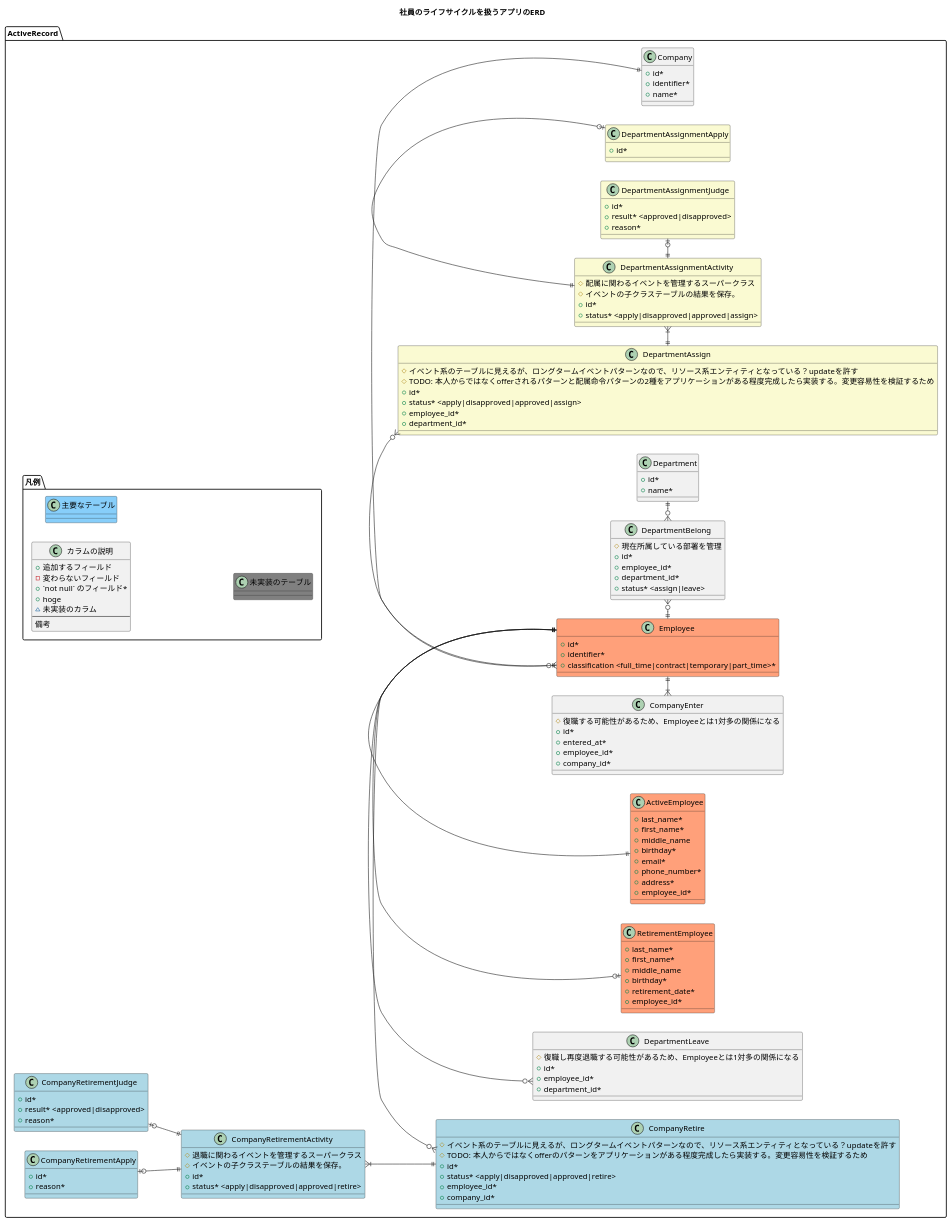
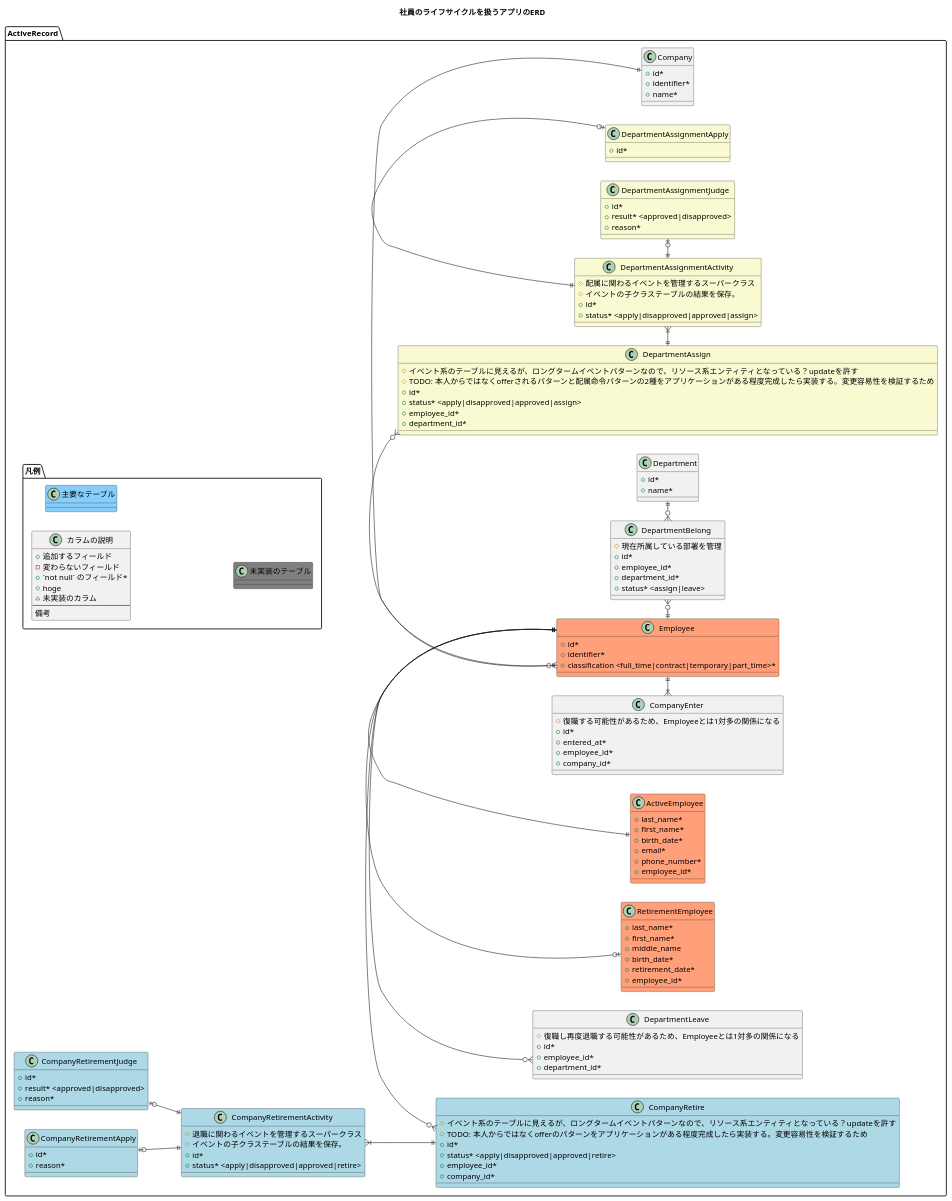
One commit to nakamori-naoya/human_resource_management_app_rails changed the diagram in SystemDesign/ er.puml. Above: the diagram before and after it, drawn with PlantUML.

Commit message:
chore:クラス図から未実装カラムの削除とカラム名の修正

```diff
--- a/SystemDesign/ er.puml
+++ b/SystemDesign/ er.puml
@@ -1,156 +1,154 @@
 @startuml
 title
 社員のライフサイクルを扱うアプリのERD
 end title
 left to right direction
 
 namespace ActiveRecord {
   namespace 凡例 {
     class カラムの説明 {
       + 追加するフィールド
       - 変わらないフィールド
       + `not null` のフィールド*
       + hoge 
       ~ 未実装のカラム
       --
       備考
     }
 
     class 主要なテーブル #LightSkyBlue {
     }
 
     class 未実装のテーブル #Grey {
     }
   }
 
   class Employee #LightSalmon {
     + id*
     + identifier*
     + classification <full_time|contract|temporary|part_time>*
   }
 
   class ActiveEmployee #LightSalmon {
     + last_name*
     + first_name*
-    + middle_name
-    + birthday*
+    + birth_date*
     + email*
     + phone_number*
-    + address*
     + employee_id*
   }
 
   class RetirementEmployee #LightSalmon {
     + last_name*
     + first_name*
     + middle_name
-    + birthday*
+    + birth_date*
     + retirement_date*
     + employee_id*
   }
 
   class Company {
     + id*
     + identifier*
     + name*
   }
 
   class CompanyEnter {
     # 復職する可能性があるため、Employeeとは1対多の関係になる
     + id*
     + entered_at*
     + employee_id*
     + company_id*
   }
 
   class CompanyRetire #LightBlue{
     # イベント系のテーブルに見えるが、ロングタームイベントパターンなので、リソース系エンティティとなっている？updateを許す
     # TODO: 本人からではなくofferのパターンをアプリケーションがある程度完成したら実装する。変更容易性を検証するため
     + id*
     + status* <apply|disapproved|approved|retire>
     + employee_id*
     + company_id*
   }
 
   class CompanyRetirementActivity #LightBlue{
     # 退職に関わるイベントを管理するスーパークラス
     # イベントの子クラステーブルの結果を保存。
     + id*
     + status* <apply|disapproved|approved|retire>
   }
 
   class CompanyRetirementApply #LightBlue{
     + id*
     + reason* 
   }
 
   class CompanyRetirementJudge #LightBlue {
     + id*
     + result* <approved|disapproved>
     + reason* 
   }
 
   class Department {
     + id*
     + name*
   }
 
   class DepartmentAssign  #LightGoldenRodYellow{
     # イベント系のテーブルに見えるが、ロングタームイベントパターンなので、リソース系エンティティとなっている？updateを許す
     # TODO: 本人からではなくofferされるパターンと配属命令パターンの2種をアプリケーションがある程度完成したら実装する。変更容易性を検証するため
     + id*
     + status* <apply|disapproved|approved|assign>
     + employee_id*
     + department_id*
   }
 
   class DepartmentAssignmentActivity #LightGoldenRodYellow{
     # 配属に関わるイベントを管理するスーパークラス
     # イベントの子クラステーブルの結果を保存。
     + id*
     + status* <apply|disapproved|approved|assign>
   }
 
   class DepartmentAssignmentApply #LightGoldenRodYellow{
     + id*
   }
 
   class DepartmentAssignmentJudge #LightGoldenRodYellow{
     + id*
     + result* <approved|disapproved>
     + reason* 
   }
 
   class DepartmentLeave {
     # 復職し再度退職する可能性があるため、Employeeとは1対多の関係になる
     + id*
     + employee_id*
     + department_id*
   }
 
   class DepartmentBelong {
     # 現在所属している部署を管理
     + id*
     + employee_id*
     + department_id*
     + status* <assign|leave>
   }
 
 
   Company ||-l-o{ Employee
   Employee ||-l-|{ CompanyEnter
   Employee ||-l-|| ActiveEmployee
   Employee ||-l-o| RetirementEmployee
   Employee ||-l-o{ CompanyRetire
   CompanyRetire ||-u-|{ CompanyRetirementActivity
   CompanyRetirementActivity ||-u-o| CompanyRetirementApply
   CompanyRetirementActivity ||-u-o| CompanyRetirementJudge
   Employee ||-r-o{ DepartmentAssign
   DepartmentAssign ||-r-|{ DepartmentAssignmentActivity
   DepartmentAssignmentActivity ||-r-o| DepartmentAssignmentApply
   DepartmentAssignmentActivity ||-r-o| DepartmentAssignmentJudge
   Employee ||-l-o{ DepartmentLeave
   Department ||-l-o{ DepartmentBelong
   DepartmentBelong }o-l-|| Employee
 }
 @enduml
```
